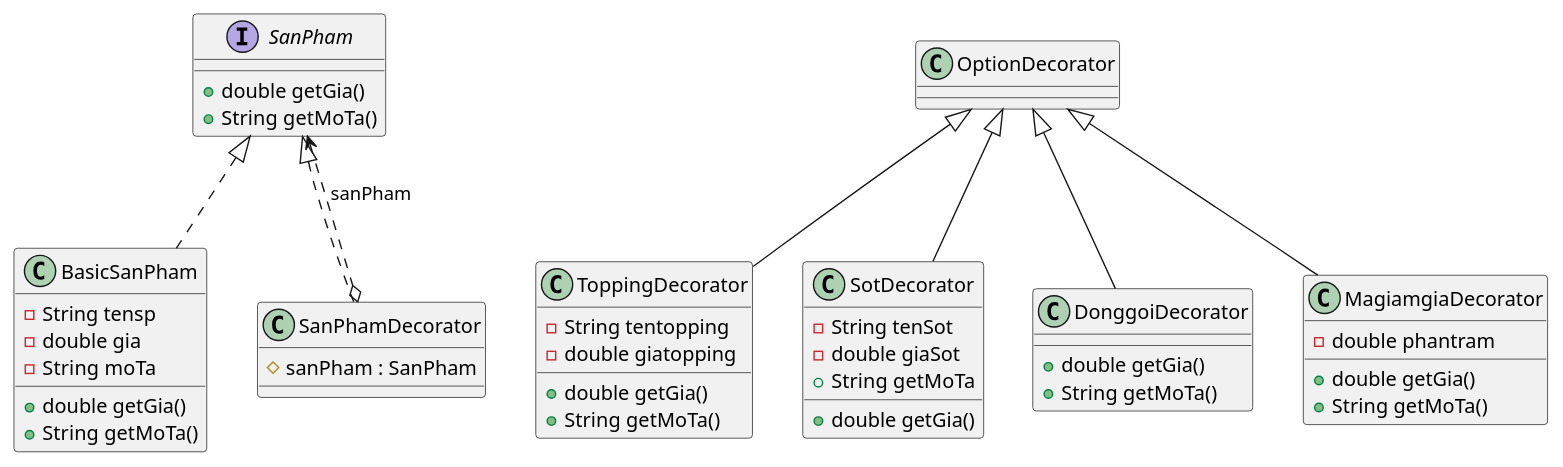
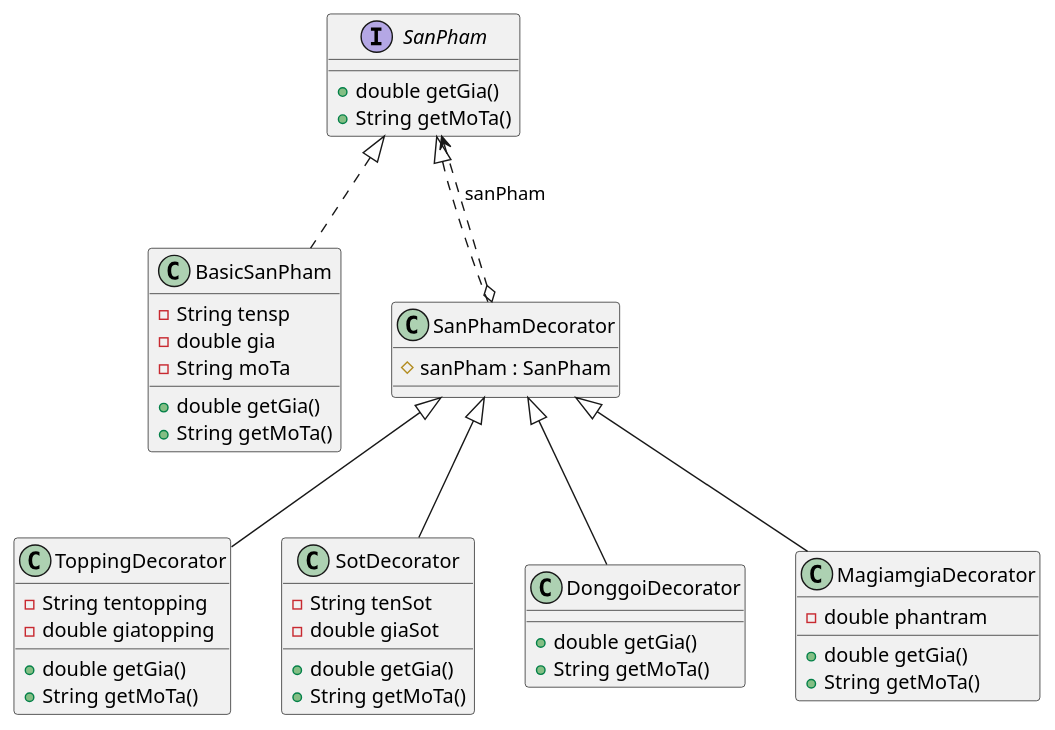
Before and after one commit to TNHung3006/KT-TKPM: the diagram in ngochung_66131218_kt&tkpm/src/ontap/decorator/bt5/bt5diagram.puml, drawn with PlantUML. The commit also changed 118 other files, not shown here.

```diff
--- a/ngochung_66131218_kt&tkpm/src/ontap/decorator/bt5/bt5diagram.puml
+++ b/ngochung_66131218_kt&tkpm/src/ontap/decorator/bt5/bt5diagram.puml
@@ -1,52 +1,52 @@
 @startuml
 
 interface SanPham{
     + double getGia()
     + String getMoTa()
 }
 class BasicSanPham{
     - String tensp
     - double gia
     - String moTa
     + double getGia()
     + String getMoTa()
 
 }
 class SanPhamDecorator{
     # sanPham : SanPham
 }
 class ToppingDecorator{
     - String tentopping
     - double giatopping
     + double getGia()
     + String getMoTa()
 
 }
 class SotDecorator{
     - String tenSot
     - double giaSot
     + double getGia()
-    + String getMoTa
+    + String getMoTa()
 }
 
 class DonggoiDecorator{
     + double getGia()
     + String getMoTa()
 }
 
 class MagiamgiaDecorator{
     - double phantram
     + double getGia()
     + String getMoTa()
 }
 
 SanPham <|.. BasicSanPham
 SanPham <|.. SanPhamDecorator
 SanPham <..o SanPhamDecorator : sanPham
 
-OptionDecorator <|-- ToppingDecorator
-OptionDecorator <|-- SotDecorator
-OptionDecorator <|-- DonggoiDecorator
-OptionDecorator <|-- MagiamgiaDecorator
+SanPhamDecorator <|-- ToppingDecorator
+SanPhamDecorator <|-- SotDecorator
+SanPhamDecorator <|-- DonggoiDecorator
+SanPhamDecorator <|-- MagiamgiaDecorator
 
 @enduml
```
